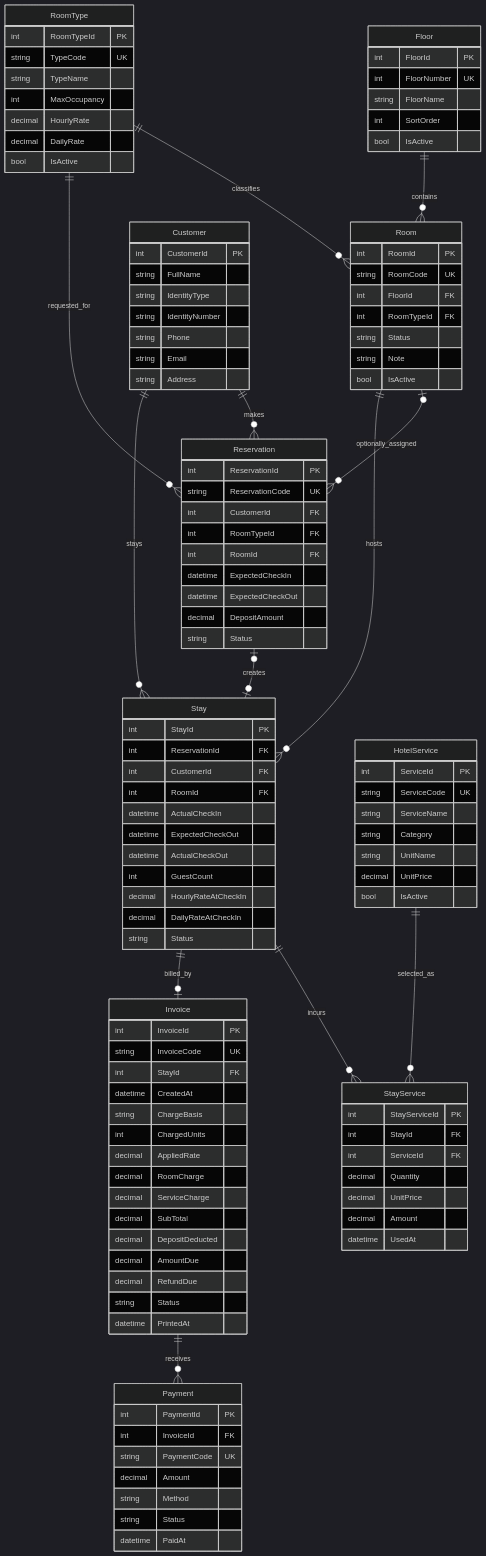
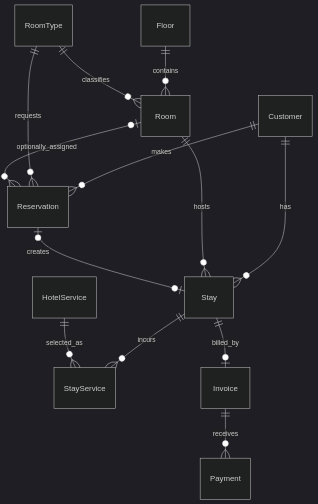
One commit to minhthienle1203/LTdotNET2026 changed the diagram in docs/HotelManagement_Entities.md. Above: the diagram before and after it, drawn with Mermaid (dark theme). The commit also changed other lines of this file and 9 other files, not shown here.

````diff
--- a/docs/HotelManagement_Entities.md
+++ b/docs/HotelManagement_Entities.md
@@ -22,117 +80,18 @@
 erDiagram
     Floor ||--o{ Room : contains
     RoomType ||--o{ Room : classifies
-    RoomType ||--o{ Reservation : requested_for
+
     Customer ||--o{ Reservation : makes
+    RoomType ||--o{ Reservation : requests
     Room o|--o{ Reservation : optionally_assigned
-    Customer ||--o{ Stay : stays
+
+    Customer ||--o{ Stay : has
     Room ||--o{ Stay : hosts
     Reservation o|--o| Stay : creates
+
     Stay ||--o{ StayService : incurs
     HotelService ||--o{ StayService : selected_as
+
     Stay ||--o| Invoice : billed_by
     Invoice ||--o{ Payment : receives
-
-    Floor {
-        int FloorId PK
-        int FloorNumber UK
-        string FloorName
-        int SortOrder
-        bool IsActive
-    }
-    RoomType {
-        int RoomTypeId PK
-        string TypeCode UK
-        string TypeName
-        int MaxOccupancy
-        decimal HourlyRate
-        decimal DailyRate
-        bool IsActive
-    }
-    Room {
-        int RoomId PK
-        string RoomCode UK
-        int FloorId FK
-        int RoomTypeId FK
-        string Status
-        string Note
-        bool IsActive
-    }
-    Customer {
-        int CustomerId PK
-        string FullName
-        string IdentityType
-        string IdentityNumber
-        string Phone
-        string Email
-        string Address
-    }
-    Reservation {
-        int ReservationId PK
-        string ReservationCode UK
-        int CustomerId FK
-        int RoomTypeId FK
-        int RoomId FK
-        datetime ExpectedCheckIn
-        datetime ExpectedCheckOut
-        decimal DepositAmount
-        string Status
-    }
-    Stay {
-        int StayId PK
-        int ReservationId FK
-        int CustomerId FK
-        int RoomId FK
-        datetime ActualCheckIn
-        datetime ExpectedCheckOut
-        datetime ActualCheckOut
-        int GuestCount
-        decimal HourlyRateAtCheckIn
-        decimal DailyRateAtCheckIn
-        string Status
-    }
-    HotelService {
-        int ServiceId PK
-        string ServiceCode UK
-        string ServiceName
-        string Category
-        string UnitName
-        decimal UnitPrice
-        bool IsActive
-    }
-    StayService {
-        int StayServiceId PK
-        int StayId FK
-        int ServiceId FK
-        decimal Quantity
-        decimal UnitPrice
-        decimal Amount
-        datetime UsedAt
-    }
-    Invoice {
-        int InvoiceId PK
-        string InvoiceCode UK
-        int StayId FK
-        datetime CreatedAt
-        string ChargeBasis
-        int ChargedUnits
-        decimal AppliedRate
-        decimal RoomCharge
-        decimal ServiceCharge
-        decimal SubTotal
-        decimal DepositDeducted
-        decimal AmountDue
-        decimal RefundDue
-        string Status
-        datetime PrintedAt
-    }
-    Payment {
-        int PaymentId PK
-        int InvoiceId FK
-        string PaymentCode UK
-        decimal Amount
-        string Method
-        string Status
-        datetime PaidAt
-    }
 ```
````
